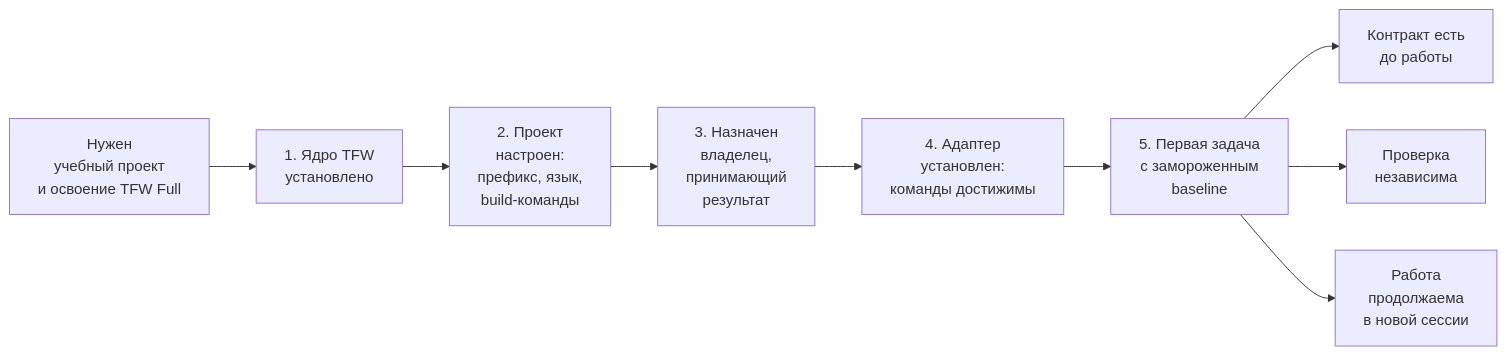
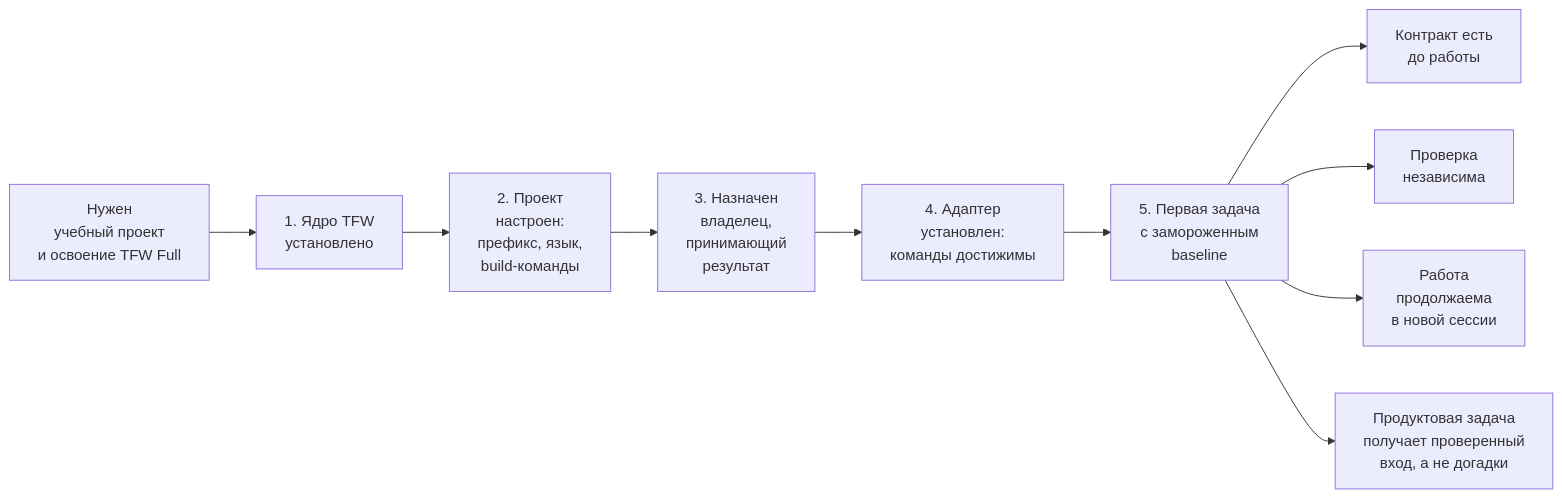
Before and after one commit to Kazahtelecom/WEBOOP: the diagram in workspace/2026/OOP_20261007-230107_TFS/HL-OOP_20261007-230107_TFS.md, drawn with Mermaid. The commit also changed other lines of this file, not shown here.

````diff
--- a/workspace/2026/OOP_20261007-230107_TFS/HL-OOP_20261007-230107_TFS.md
+++ b/workspace/2026/OOP_20261007-230107_TFS/HL-OOP_20261007-230107_TFS.md
@@ -128,11 +159,12 @@
 ```mermaid
 flowchart LR
   N["Нужен<br/>учебный проект<br/>и освоение TFW Full"] --> S["1. Ядро TFW<br/>установлено"]
   S --> C["2. Проект<br/>настроен:<br/>префикс, язык,<br/>build-команды"]
   C --> O["3. Назначен<br/>владелец,<br/>принимающий<br/>результат"]
   O --> A["4. Адаптер<br/>установлен:<br/>команды достижимы"]
   A --> T["5. Первая задача<br/>с замороженным<br/>baseline"]
   T --> V1["Контракт есть<br/>до работы"]
   T --> V2["Проверка<br/>независима"]
   T --> V3["Работа<br/>продолжаема<br/>в новой сессии"]
+  T --> V4["Продуктовая задача<br/>получает проверенный<br/>вход, а не догадки"]
 ```
````
